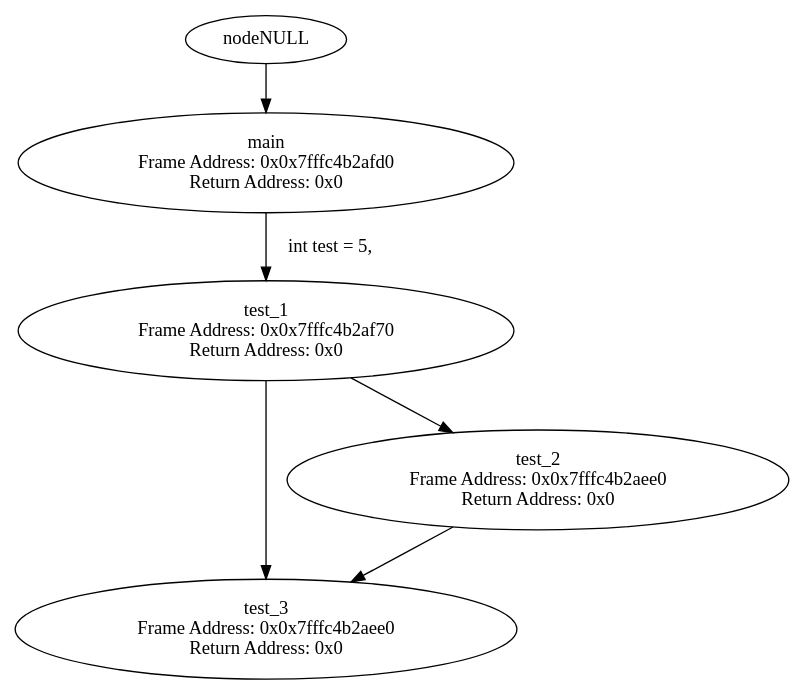
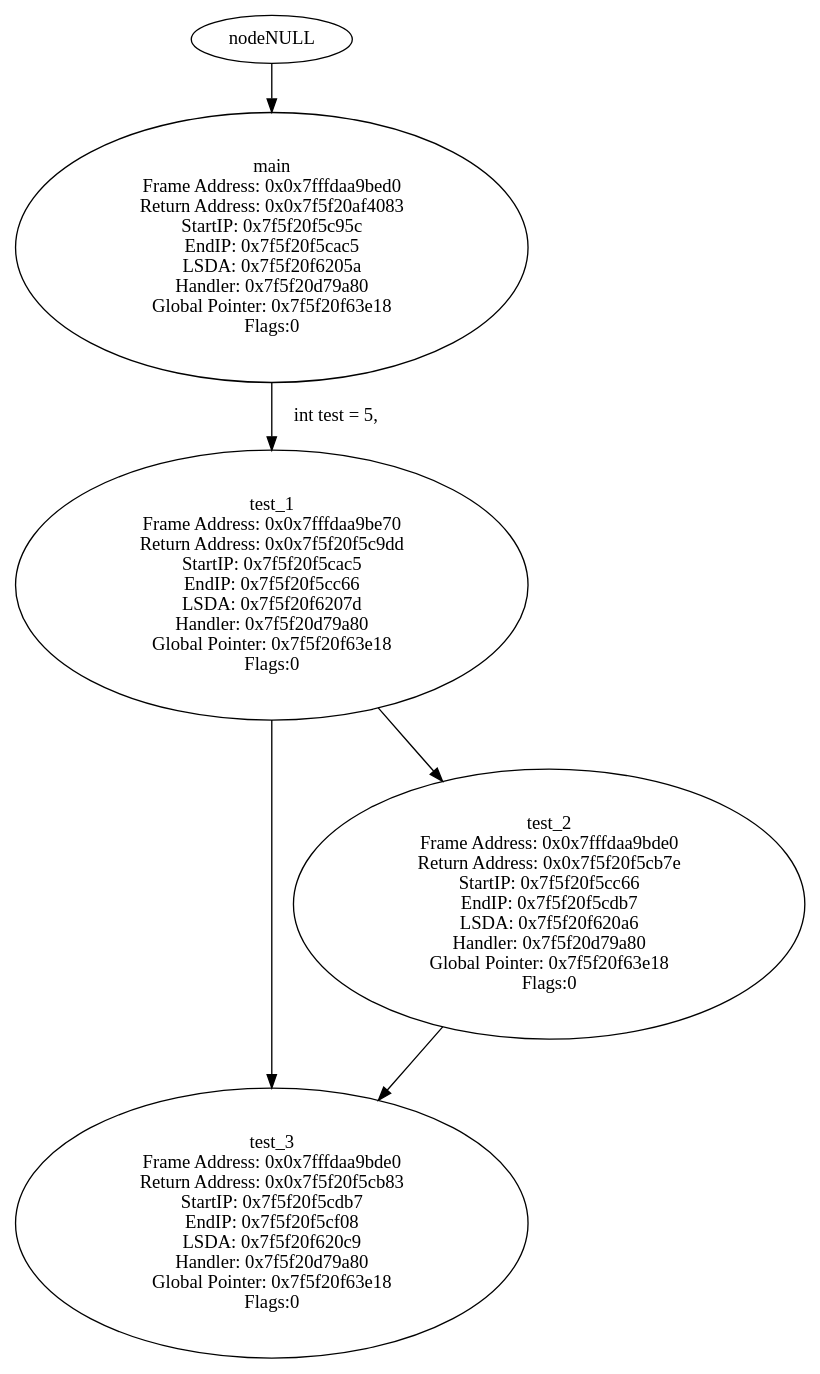
One commit to SameerDalal/backtrace changed the diagram in tree.dot. Above: the diagram before and after it, drawn with Graphviz. The commit also changed 7 other files, not shown here.

```diff
--- a/tree.dot
+++ b/tree.dot
@@ -1,12 +1,12 @@
 digraph ContextTree {
-nodetest_3 [label="test_3\n Frame Address: 0x0x7fffc4b2ae80\n Return Address: 0x0"];
+nodetest_3 [label="test_3\n Frame Address: 0x0x7fffdaa9bd80\n Return Address: 0x0x7f5f20f5cce2\n StartIP: 0x7f5f20f5cdb7\n EndIP: 0x7f5f20f5cf08\n LSDA: 0x7f5f20f620c9\n Handler: 0x7f5f20d79a80\n Global Pointer: 0x7f5f20f63e18\n Flags:0"];
 nodetest_2 -> nodetest_3
-nodetest_2 [label="test_2\n Frame Address: 0x0x7fffc4b2aee0\n Return Address: 0x0"];
+nodetest_2 [label="test_2\n Frame Address: 0x0x7fffdaa9bde0\n Return Address: 0x0x7f5f20f5cb7e\n StartIP: 0x7f5f20f5cc66\n EndIP: 0x7f5f20f5cdb7\n LSDA: 0x7f5f20f620a6\n Handler: 0x7f5f20d79a80\n Global Pointer: 0x7f5f20f63e18\n Flags:0"];
 nodetest_1 -> nodetest_2
-nodetest_3 [label="test_3\n Frame Address: 0x0x7fffc4b2aee0\n Return Address: 0x0"];
+nodetest_3 [label="test_3\n Frame Address: 0x0x7fffdaa9bde0\n Return Address: 0x0x7f5f20f5cb83\n StartIP: 0x7f5f20f5cdb7\n EndIP: 0x7f5f20f5cf08\n LSDA: 0x7f5f20f620c9\n Handler: 0x7f5f20d79a80\n Global Pointer: 0x7f5f20f63e18\n Flags:0"];
 nodetest_1 -> nodetest_3
-nodetest_1 [label="test_1\n Frame Address: 0x0x7fffc4b2af70\n Return Address: 0x0"];
+nodetest_1 [label="test_1\n Frame Address: 0x0x7fffdaa9be70\n Return Address: 0x0x7f5f20f5c9dd\n StartIP: 0x7f5f20f5cac5\n EndIP: 0x7f5f20f5cc66\n LSDA: 0x7f5f20f6207d\n Handler: 0x7f5f20d79a80\n Global Pointer: 0x7f5f20f63e18\n Flags:0"];
 nodemain -> nodetest_1 [label=" int test = 5, "];
-nodemain [label="main\n Frame Address: 0x0x7fffc4b2afd0\n Return Address: 0x0"];
+nodemain [label="main\n Frame Address: 0x0x7fffdaa9bed0\n Return Address: 0x0x7f5f20af4083\n StartIP: 0x7f5f20f5c95c\n EndIP: 0x7f5f20f5cac5\n LSDA: 0x7f5f20f6205a\n Handler: 0x7f5f20d79a80\n Global Pointer: 0x7f5f20f63e18\n Flags:0"];
 nodeNULL -> nodemain
 }
```
